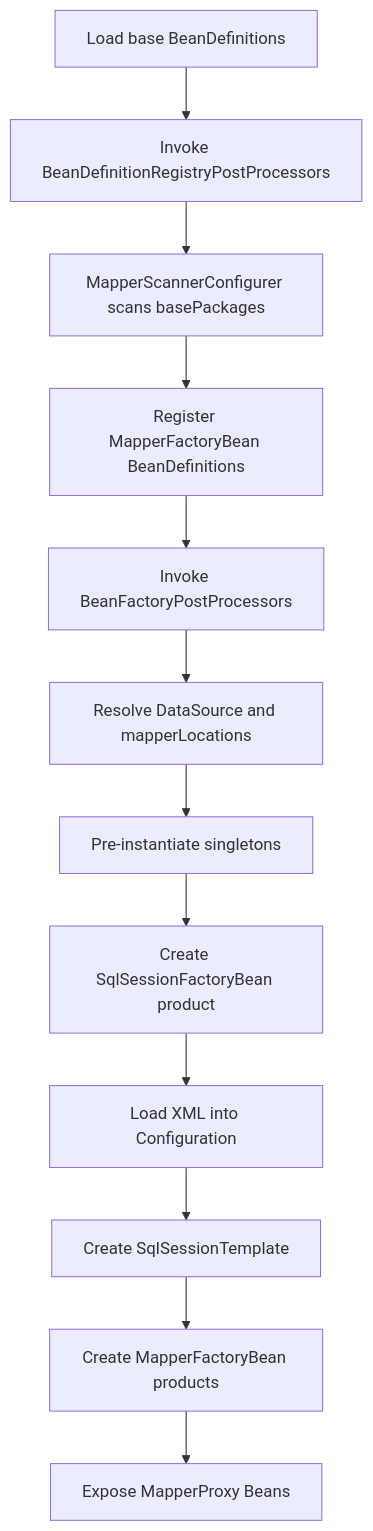
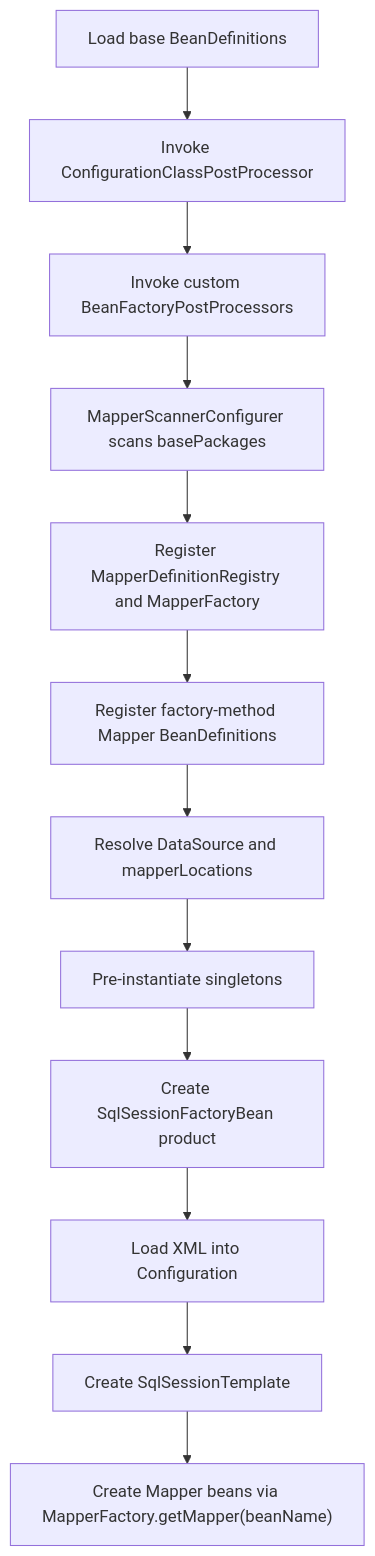
Before and after one commit to Jianing-Xu/mini-mybatis: the first of 3 diagrams in docs/integration-mybatis-spring-phase-1.md, drawn with Mermaid. The commit also changed other lines of this file and 2 other files, not shown here.

````diff
--- a/docs/integration-mybatis-spring-phase-1.md
+++ b/docs/integration-mybatis-spring-phase-1.md
@@ -206,14 +242,14 @@
 ```mermaid
 flowchart TD
-    p1r1["Load base BeanDefinitions"] --> p1r2["Invoke BeanDefinitionRegistryPostProcessors"]
-    p1r2 --> p1r3["MapperScannerConfigurer scans basePackages"]
-    p1r3 --> p1r4["Register MapperFactoryBean BeanDefinitions"]
-    p1r4 --> p1r5["Invoke BeanFactoryPostProcessors"]
-    p1r5 --> p1r6["Resolve DataSource and mapperLocations"]
-    p1r6 --> p1r7["Pre-instantiate singletons"]
-    p1r7 --> p1r8["Create SqlSessionFactoryBean product"]
-    p1r8 --> p1r9["Load XML into Configuration"]
-    p1r9 --> p1r10["Create SqlSessionTemplate"]
-    p1r10 --> p1r11["Create MapperFactoryBean products"]
-    p1r11 --> p1r12["Expose MapperProxy Beans"]
+    p1r1["Load base BeanDefinitions"] --> p1r2["Invoke ConfigurationClassPostProcessor"]
+    p1r2 --> p1r3["Invoke custom BeanFactoryPostProcessors"]
+    p1r3 --> p1r4["MapperScannerConfigurer scans basePackages"]
+    p1r4 --> p1r5["Register MapperDefinitionRegistry and MapperFactory"]
+    p1r5 --> p1r6["Register factory-method Mapper BeanDefinitions"]
+    p1r6 --> p1r7["Resolve DataSource and mapperLocations"]
+    p1r7 --> p1r8["Pre-instantiate singletons"]
+    p1r8 --> p1r9["Create SqlSessionFactoryBean product"]
+    p1r9 --> p1r10["Load XML into Configuration"]
+    p1r10 --> p1r11["Create SqlSessionTemplate"]
+    p1r11 --> p1r12["Create Mapper beans via MapperFactory.getMapper(beanName)"]
 ```
````
